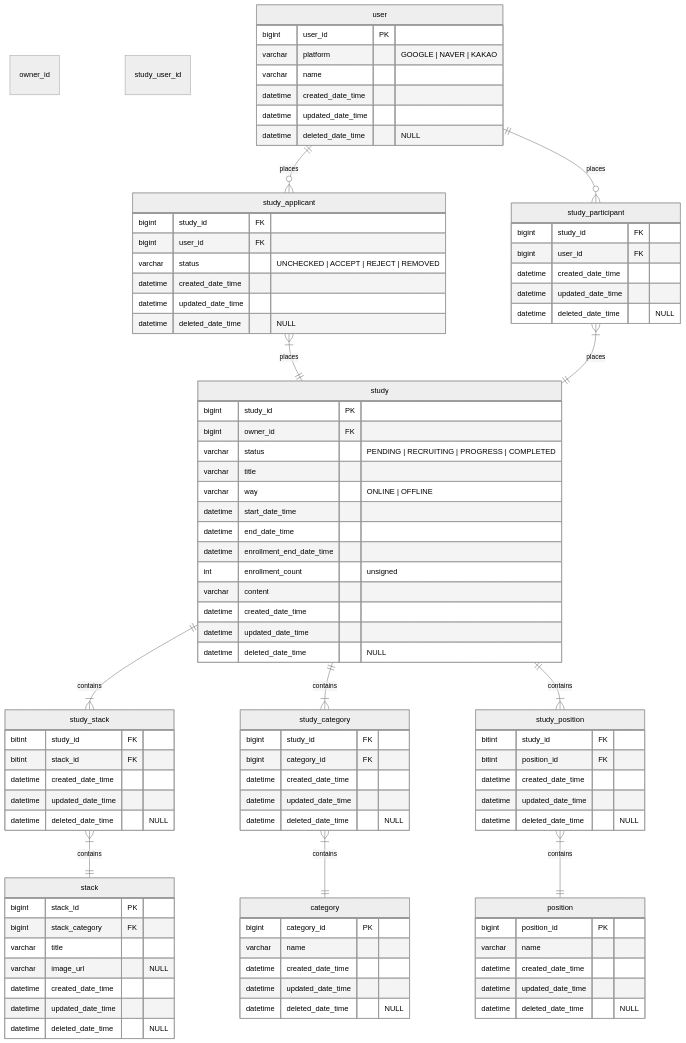
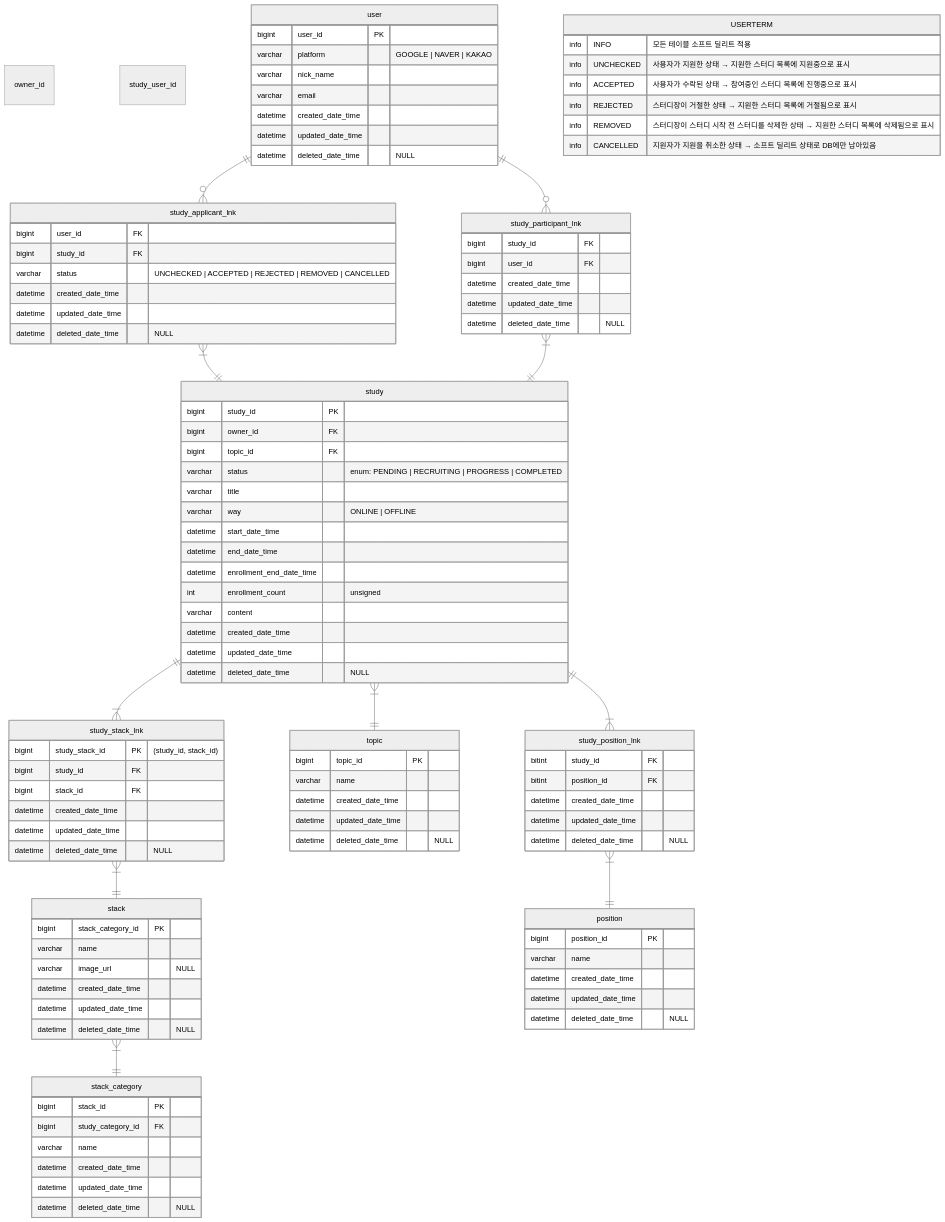
One commit to Ludo-SMP/ludo-backend changed the diagram in docs/erd.md. Above: the diagram before and after it, drawn with Mermaid. The commit also changed other lines of this file, not shown here.

Commit message:
docs: update erd docs

````diff
--- a/docs/erd.md
+++ b/docs/erd.md
@@ -22,21 +147,22 @@
     owner_id
     study_user_id
 
-    user ||--o{ study_applicant: places
-    study_applicant }|--|| study: places
-    user ||--o{ study_participant: places
-    study_participant }|--|| study: places
-    study ||--|{ study_stack: contains
-    study_stack }|--|| stack: contains
-    study ||--|{ study_category: contains
-    study_category }|--|| category: contains
-    study ||--|{ study_position: contains
-    study_position }|--|| position: contains
+    user ||--o{ study_applicant_lnk: ""
+    study_applicant_lnk }|--|| study: ""
+    user ||--o{ study_participant_lnk: ""
+    study_participant_lnk }|--|| study: ""
+    study ||--|{ study_stack_lnk: ""
+    study_stack_lnk }|--|| stack: ""
+    stack }|--|| stack_category: ""
+    study }|--|| topic: ""
+    study ||--|{ study_position_lnk: ""
+    study_position_lnk }|--|| position: ""
 
     user {
         bigint user_id PK
         varchar platform "GOOGLE | NAVER | KAKAO"
-        varchar name
+        varchar nick_name
+        varchar email
         datetime created_date_time
         datetime updated_date_time
         datetime deleted_date_time "NULL"
@@ -45,7 +171,8 @@
     study {
         bigint study_id PK
         bigint owner_id FK
-        varchar status "PENDING | RECRUITING | PROGRESS | COMPLETED"
+        bigint topic_id FK
+        varchar status "enum: PENDING | RECRUITING | PROGRESS | COMPLETED"
         varchar title
         varchar way "ONLINE | OFFLINE"
         datetime start_date_time
@@ -58,15 +185,7 @@
         datetime deleted_date_time "NULL"
     }
 
-    study_category {
-        bigint study_id FK
-        bigint category_id FK
-        datetime created_date_time
-        datetime updated_date_time
-        datetime deleted_date_time "NULL"
-    }
-
-    study_participant {
+    study_participant_lnk {
         bigint study_id FK
         bigint user_id FK
         datetime created_date_time
@@ -74,24 +193,24 @@
         datetime deleted_date_time "NULL"
     }
 
-    study_applicant {
+    study_applicant_lnk {
+        bigint user_id FK
         bigint study_id FK
-        bigint user_id FK
-        varchar status "UNCHECKED | ACCEPT | REJECT | REMOVED"
+        varchar status "UNCHECKED | ACCEPTED | REJECTED | REMOVED | CANCELLED"
         datetime created_date_time
         datetime updated_date_time
         datetime deleted_date_time "NULL"
     }
 
-    category {
-        bigint category_id PK
+    topic {
+        bigint topic_id PK
         varchar name
         datetime created_date_time
         datetime updated_date_time
         datetime deleted_date_time "NULL"
     }
 
-    study_position {
+    study_position_lnk {
         bitint study_id FK
         bitint position_id FK
         datetime created_date_time
@@ -107,22 +226,40 @@
         datetime deleted_date_time "NULL"
     }
 
-    study_stack {
-        bitint study_id FK
-        bitint stack_id FK
+    study_stack_lnk {
+        bigint study_stack_id PK "(study_id, stack_id)"
+        bigint study_id FK
+        bigint stack_id FK
+        datetime created_date_time
+        datetime updated_date_time
+        datetime deleted_date_time "NULL"
+    }
+
+    stack_category {
+        bigint stack_id PK
+        bigint study_category_id FK
+        varchar name
         datetime created_date_time
         datetime updated_date_time
         datetime deleted_date_time "NULL"
     }
 
     stack {
-        bigint stack_id PK
-        bigint stack_category FK
-        varchar title
+        bigint stack_category_id PK
+        varchar name
         varchar image_url "NULL"
         datetime created_date_time
         datetime updated_date_time
         datetime deleted_date_time "NULL"
     }
 
+    USERTERM {
+        info INFO "모든 테이블 소프트 딜리트 적용"
+        info UNCHECKED "사용자가 지원한 상태 → 지원한 스터디 목록에 지원중으로 표시"
+        info ACCEPTED "사용자가 수락된 상태 → 참여중인 스터디 목록에 진행중으로 표시"
+        info REJECTED "스터디장이 거절한 상태 → 지원한 스터디 목록에 거절됨으로 표시"
+        info REMOVED "스터디장이 스터디 시작 전 스터디를 삭제한 상태 → 지원한 스터디 목록에 삭제됨으로 표시"
+        info CANCELLED "지원자가 지원을 취소한 상태 → 소프트 딜리트 상태로 DB에만 남아있음"
+    }
+
 ```
````
